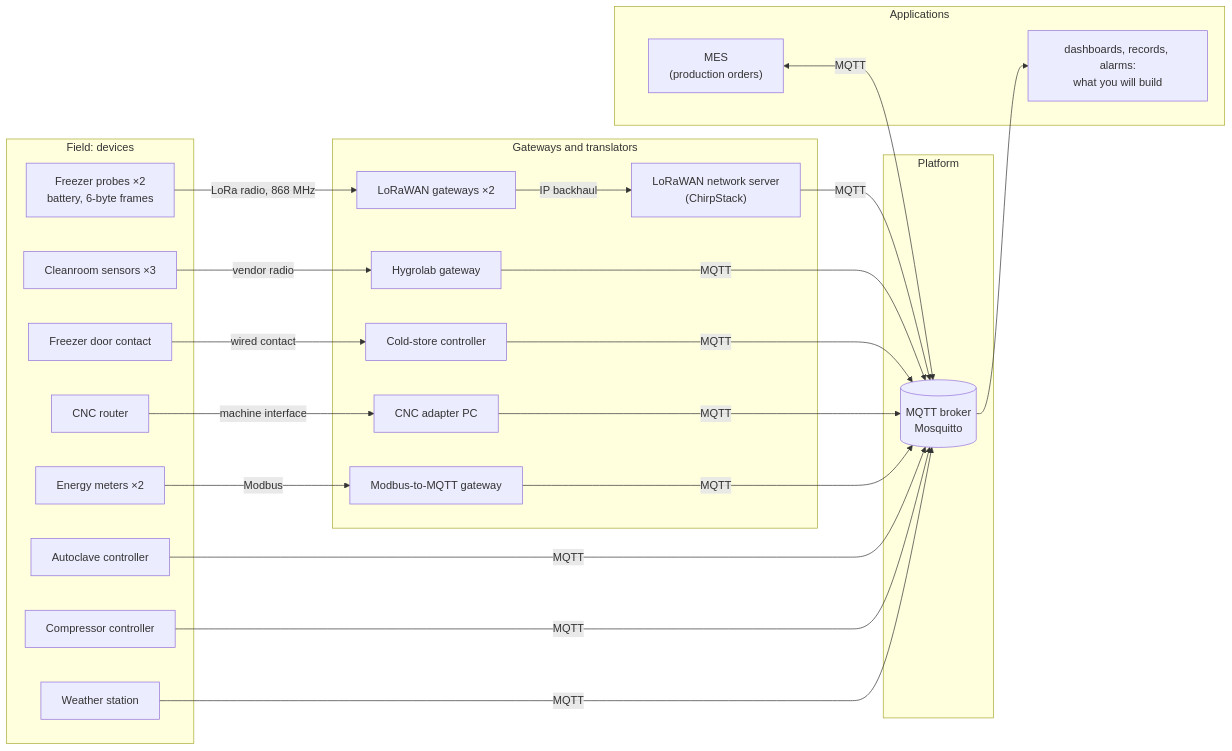
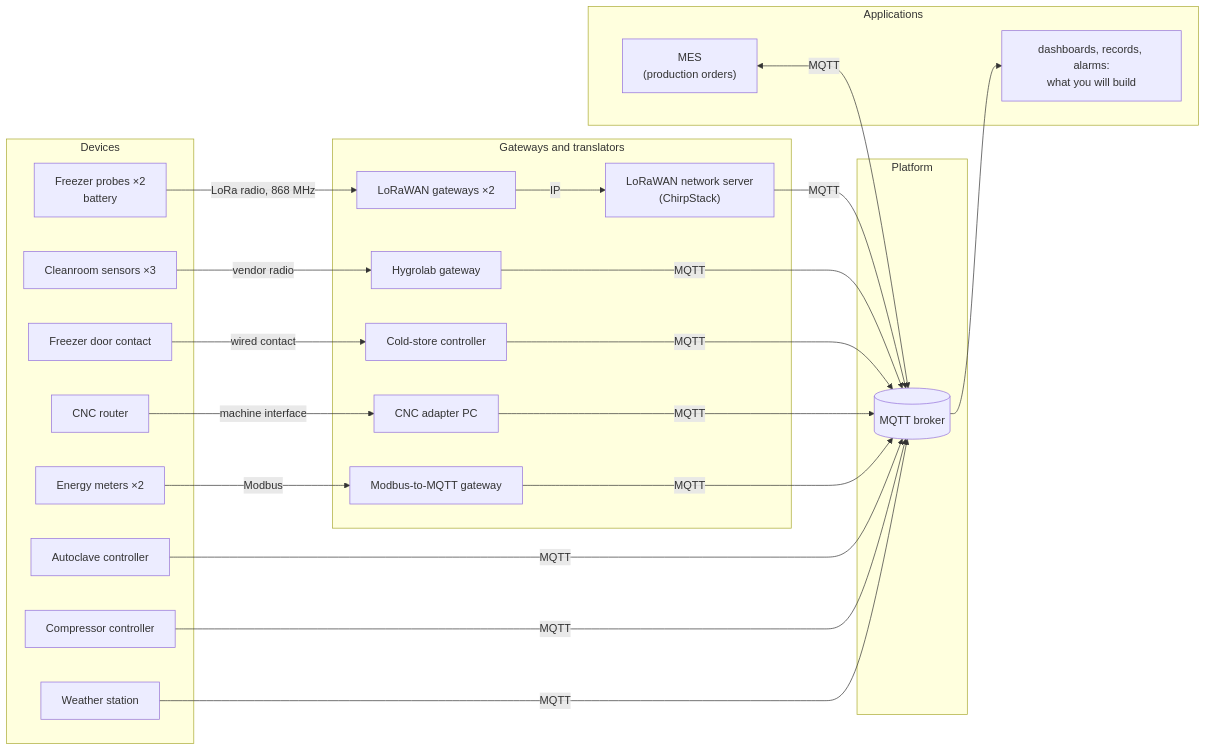
One commit to lmendiboure/IoT-Labs-UPPA changed the first of 2 diagrams in lab1/README.md. Above: the diagram before and after it, drawn with Mermaid. The commit also changed other lines of this file and 5 other files, not shown here.

````diff
--- a/lab1/README.md
+++ b/lab1/README.md
@@ -97,38 +73,38 @@
 ```mermaid
 flowchart LR
-    subgraph field["Field: devices"]
-        FRZ["Freezer probes ×2<br/>battery, 6-byte frames"]
+    subgraph field["Devices"]
+        FRZ["Freezer probes ×2<br/>battery"]
         DOOR["Freezer door contact"]
         CR["Cleanroom sensors ×3"]
         AC["Autoclave controller"]
         CNC["CNC router"]
         EM["Energy meters ×2"]
         CMP["Compressor controller"]
         WS["Weather station"]
     end
     subgraph edge["Gateways and translators"]
         GW["LoRaWAN gateways ×2"]
         NS["LoRaWAN network server<br/>(ChirpStack)"]
         HYG["Hygrolab gateway"]
         CSC["Cold-store controller"]
         ADP["CNC adapter PC"]
         MB["Modbus-to-MQTT gateway"]
     end
     subgraph plat["Platform"]
-        B[("MQTT broker<br/>Mosquitto")]
+        B[("MQTT broker")]
     end
     subgraph apps["Applications"]
         MES["MES<br/>(production orders)"]
         YOU["dashboards, records, alarms:<br/>what you will build"]
     end
-    FRZ -- "LoRa radio, 868 MHz" --> GW -- "IP backhaul" --> NS -- MQTT --> B
+    FRZ -- "LoRa radio, 868 MHz" --> GW -- "IP" --> NS -- MQTT --> B
     CR -- "vendor radio" --> HYG -- MQTT --> B
     DOOR -- "wired contact" --> CSC -- MQTT --> B
     CNC -- "machine interface" --> ADP -- MQTT --> B
     EM -- "Modbus" --> MB -- MQTT --> B
     AC -- MQTT --> B
     CMP -- MQTT --> B
     WS -- MQTT --> B
     MES <-- MQTT --> B
     B --> YOU
 ```
````
